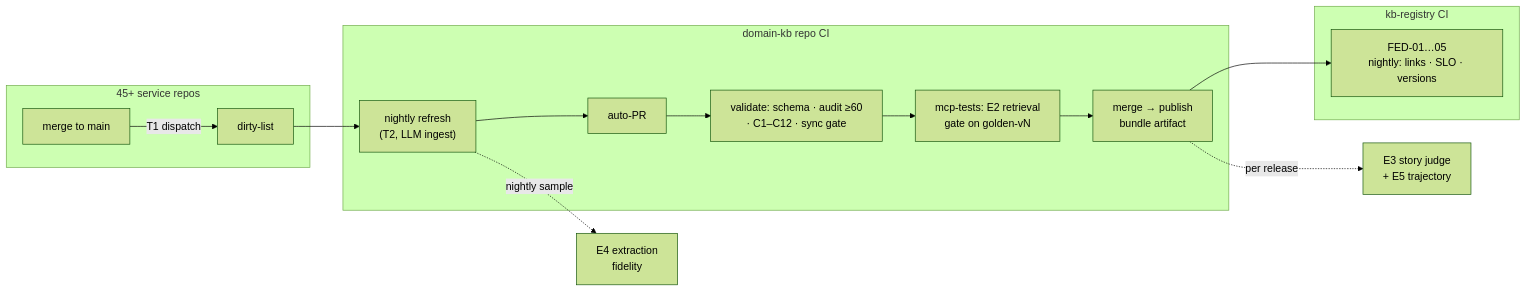
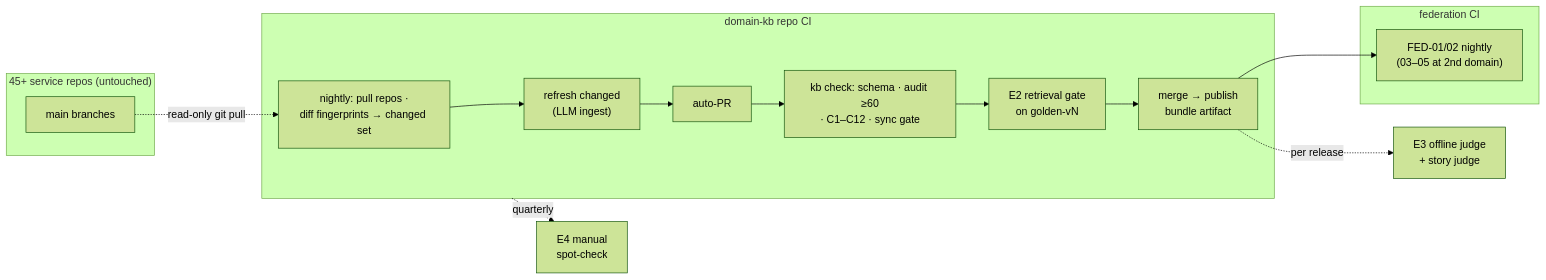
One commit to TheGanesh/multi-dimensional-kb changed the diagram in 06-freshness-and-evaluation.md. Above: the diagram before and after it, drawn with Mermaid (forest theme). The commit also changed other lines of this file and 33 other files, not shown here.

````diff
--- a/06-freshness-and-evaluation.md
+++ b/06-freshness-and-evaluation.md
@@ -236,17 +292,18 @@
 ```mermaid
 flowchart LR
-    subgraph SR["45+ service repos"]
-        M["merge to main"] -->|T1 dispatch| DL["dirty-list"]
+    subgraph SR["45+ service repos (untouched)"]
+        M["main branches"]
     end
     subgraph DK["domain-kb repo CI"]
-        DL --> N["nightly refresh\n(T2, LLM ingest)"] --> PR["auto-PR"]
-        PR --> G1["validate: schema · audit ≥60\n· C1–C12 · sync gate"]
-        G1 --> G2["mcp-tests: E2 retrieval\ngate on golden-vN"]
+        N["nightly: pull repos ·\ndiff fingerprints → changed set"] --> R["refresh changed\n(LLM ingest)"] --> PR["auto-PR"]
+        PR --> G1["kb check: schema · audit ≥60\n· C1–C12 · sync gate"]
+        G1 --> G2["E2 retrieval gate\non golden-vN"]
         G2 --> MRG["merge → publish\nbundle artifact"]
     end
-    subgraph FR["kb-registry CI"]
-        MRG --> F["FED-01…05\nnightly: links · SLO · versions"]
+    subgraph FR["federation CI"]
+        MRG --> F["FED-01/02 nightly\n(03–05 at 2nd domain)"]
     end
-    MRG -.->|per release| E3["E3 story judge\n+ E5 trajectory"]
-    N -.->|nightly sample| E4["E4 extraction\nfidelity"]
+    M -.->|read-only git pull| N
+    MRG -.->|per release| E3["E3 offline judge\n+ story judge"]
+    DK -.->|quarterly| E4["E4 manual\nspot-check"]
 ```
````
